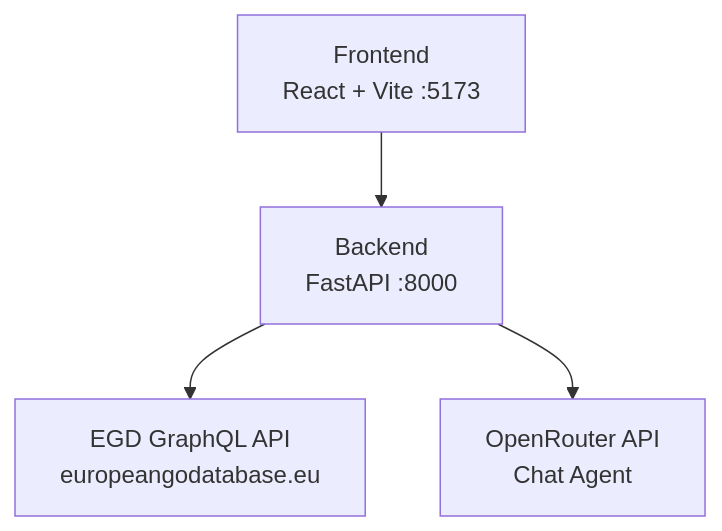
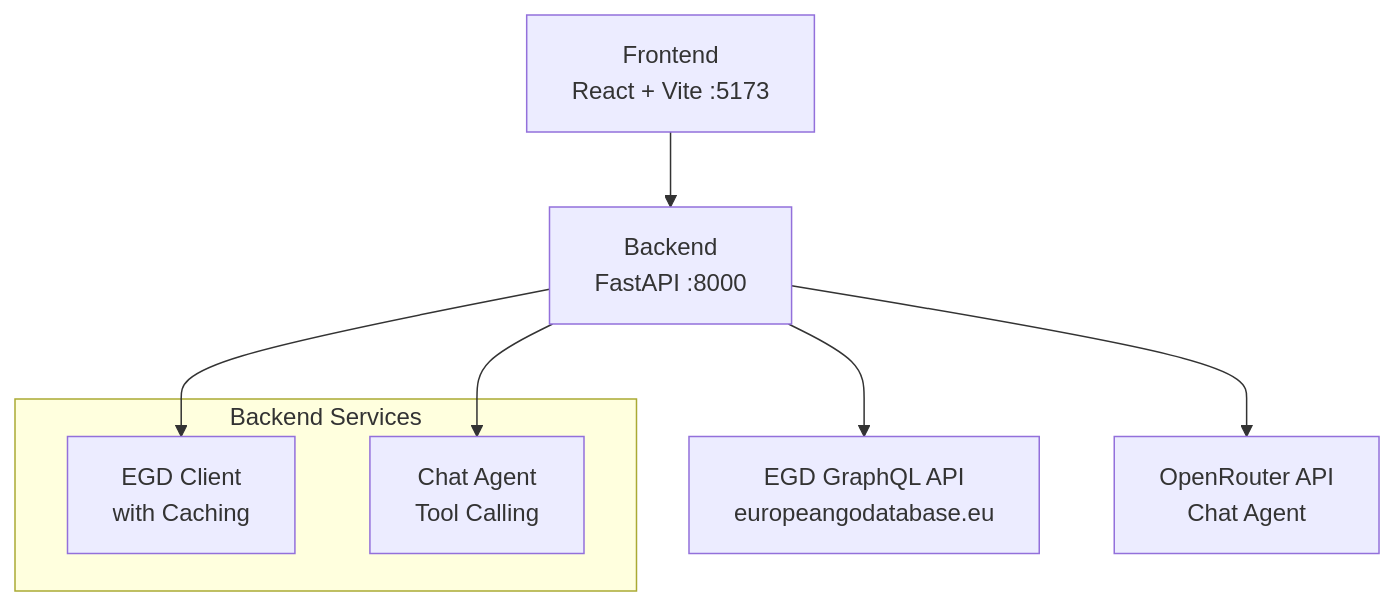
One commit to Ragnar1999/GoNow changed the diagram in .qoder/repowiki/en/content/Getting Started.md. Above: the diagram before and after it, drawn with Mermaid. The commit also changed other lines of this file and 13 other files, not shown here.

````diff
--- a/.qoder/repowiki/en/content/Getting Started.md
+++ b/.qoder/repowiki/en/content/Getting Started.md
@@ -138,6 +199,12 @@
 ```mermaid
 graph TB
 FE["Frontend<br/>React + Vite :5173"] --> BE["Backend<br/>FastAPI :8000"]
 BE --> EGD["EGD GraphQL API<br/>europeangodatabase.eu"]
 BE --> OR["OpenRouter API<br/>Chat Agent"]
+subgraph "Backend Services"
+EC["EGD Client<br/>with Caching"]
+CA["Chat Agent<br/>Tool Calling"]
+end
+BE --> EC
+BE --> CA
 ```
````
